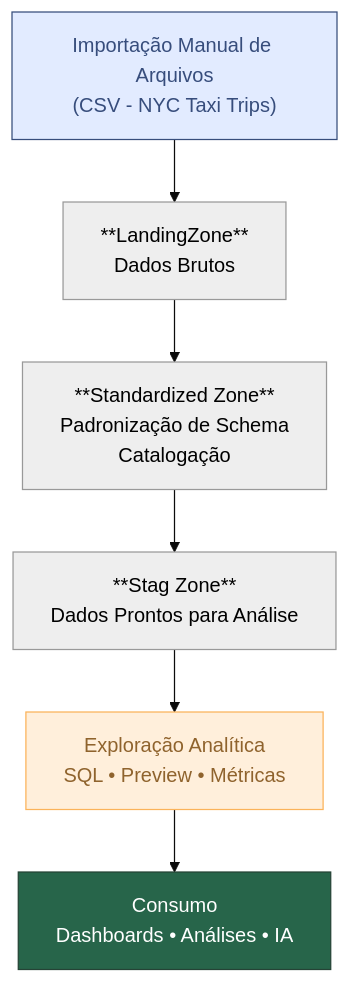
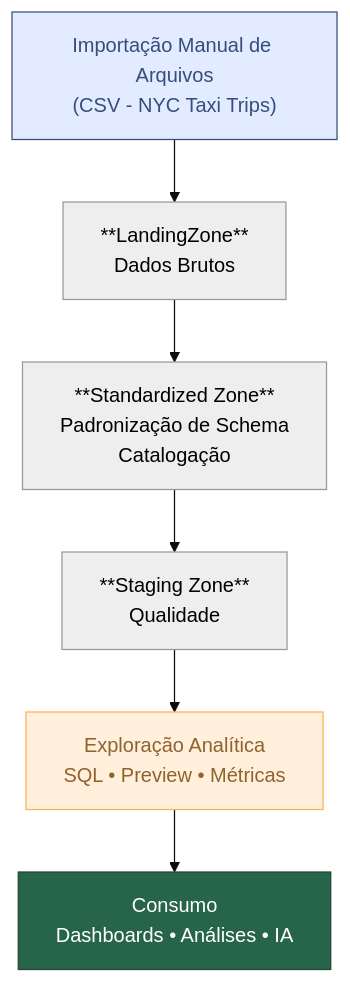
One commit to AndreaJama/ANDREA_COELLO_DDF_TECH_012026 changed the diagram in 03_explorar/README.md. Above: the diagram before and after it, drawn with Mermaid (base theme).

````diff
--- a/03_explorar/README.md
+++ b/03_explorar/README.md
@@ -9,19 +9,19 @@
 ```mermaid
 flowchart TB
     A["Importação Manual de Arquivos<br>(CSV - NYC Taxi Trips)"] --> B["**LandingZone**<br>Dados Brutos"]
     B --> C["**Standardized Zone**<br>Padronização de Schema<br>Catalogação"]
-    C --> D["**Stag Zone**<br>Dados Prontos para Análise"]
+    C --> D["**Staging Zone**<br>Qualidade"]
     D --> E["Exploração Analítica<br>SQL • Preview • Métricas"]
     E --> F["Consumo<br>Dashboards • Análises • IA"]
 
      A:::Sky
      B:::Ash
      C:::Ash
      D:::Ash
      E:::Peach
      F:::Pine
     classDef Sky stroke-width:1px, stroke-dasharray:none, stroke:#374D7C, fill:#E2EBFF, color:#374D7C
     classDef Ash stroke-width:1px, stroke-dasharray:none, stroke:#999999, fill:#EEEEEE, color:#000000
     classDef Peach stroke-width:1px, stroke-dasharray:none, stroke:#FBB35A, fill:#FFEFDB, color:#8F632D
     classDef Pine stroke-width:1px, stroke-dasharray:none, stroke:#254336, fill:#27654A, color:#FFFFFF
 ```
````
